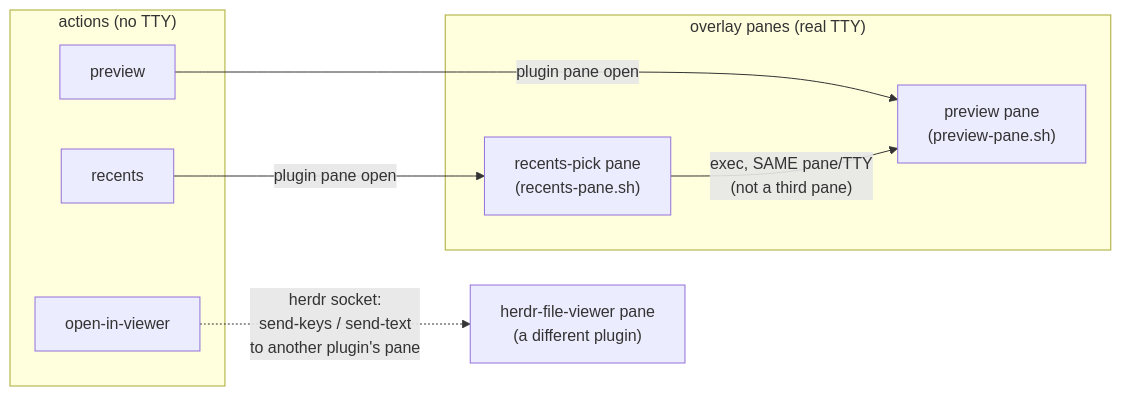
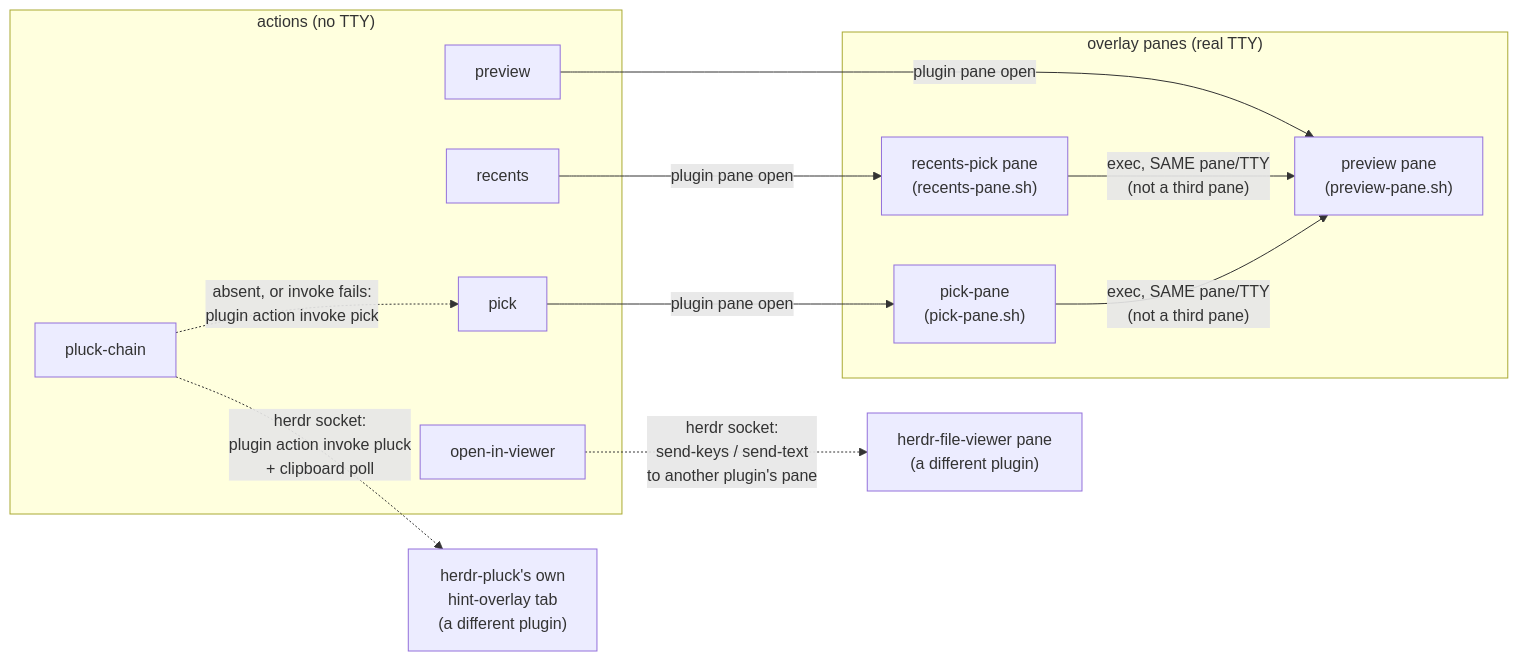
The second of 3 diagrams in DESIGN.md (dwarvesf/herdr-quicklook), drawn with Mermaid before and after one commit. The commit also changed other lines of this file and 2 other files, not shown here.

First line of the commit message:
docs: pick-anywhere keybinding migration + DESIGN.md section

````diff
--- a/DESIGN.md
+++ b/DESIGN.md
@@ -158,16 +161,23 @@
 ```mermaid
 flowchart LR
     subgraph Actions["actions (no TTY)"]
         A1["preview"]
         A2["open-in-viewer"]
         A3["recents"]
+        A4["pick"]
+        A5["pluck-chain"]
     end
     subgraph Panes["overlay panes (real TTY)"]
         P1["preview pane\n(preview-pane.sh)"]
         P2["recents-pick pane\n(recents-pane.sh)"]
+        P3["pick-pane\n(pick-pane.sh)"]
     end
     A1 -- "plugin pane open" --> P1
     A3 -- "plugin pane open" --> P2
+    A4 -- "plugin pane open" --> P3
     P2 -- "exec, SAME pane/TTY\n(not a third pane)" --> P1
+    P3 -- "exec, SAME pane/TTY\n(not a third pane)" --> P1
     A2 -. "herdr socket:\nsend-keys / send-text\nto another plugin's pane" .-> V["herdr-file-viewer pane\n(a different plugin)"]
+    A5 -. "herdr socket:\nplugin action invoke pluck\n+ clipboard poll" .-> PL["herdr-pluck's own\nhint-overlay tab\n(a different plugin)"]
+    A5 -. "absent, or invoke fails:\nplugin action invoke pick" .-> A4
 ```
````
